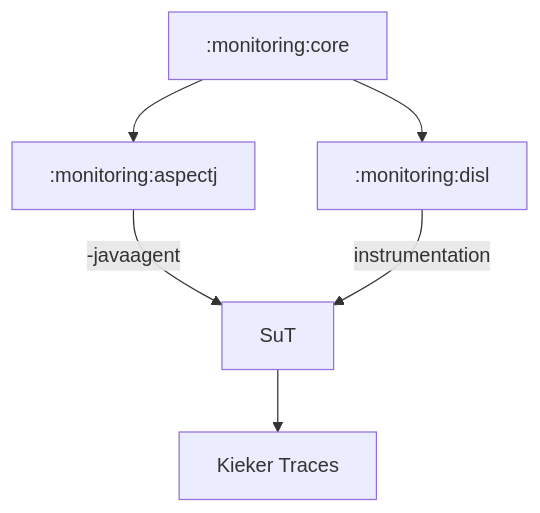
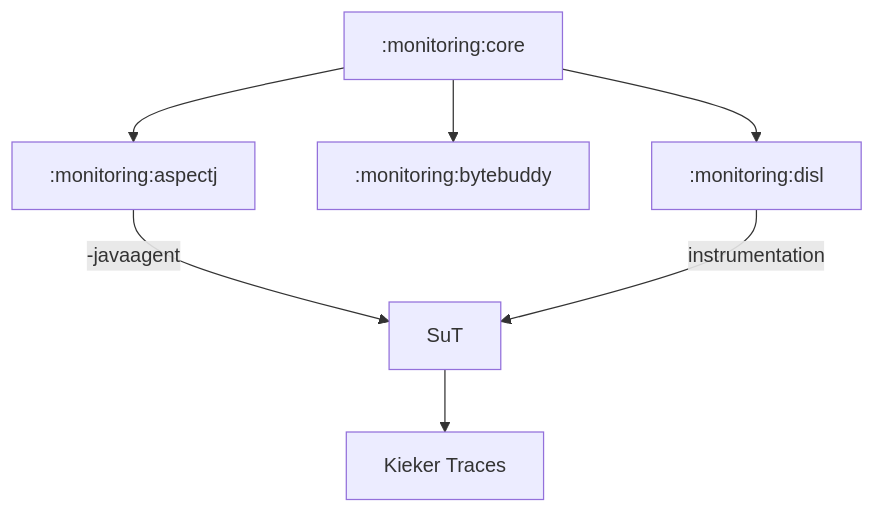
Before and after one commit to kieker-monitoring/kieker: the diagram in monitoring/README.md, drawn with Mermaid. The commit also changed 5 other files, not shown here.

````diff
--- a/monitoring/README.md
+++ b/monitoring/README.md
@@ -10,8 +10,9 @@
 ```mermaid
 graph TD;
 	:monitoring:core-->:monitoring:aspectj;
+	:monitoring:core-->:monitoring:bytebuddy;
 	:monitoring:core-->:monitoring:disl;
 	:monitoring:aspectj-- -javaagent -->SuT;
 	:monitoring:disl-- instrumentation -->SuT;
 	SuT-->id1[Kieker Traces];
 ```
````
